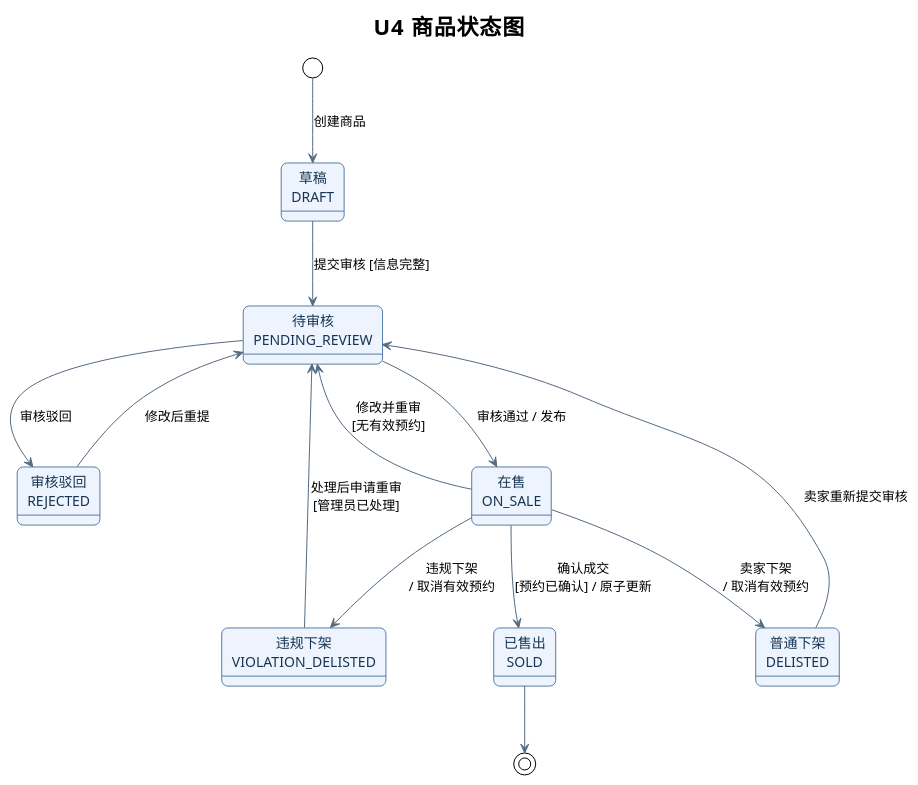
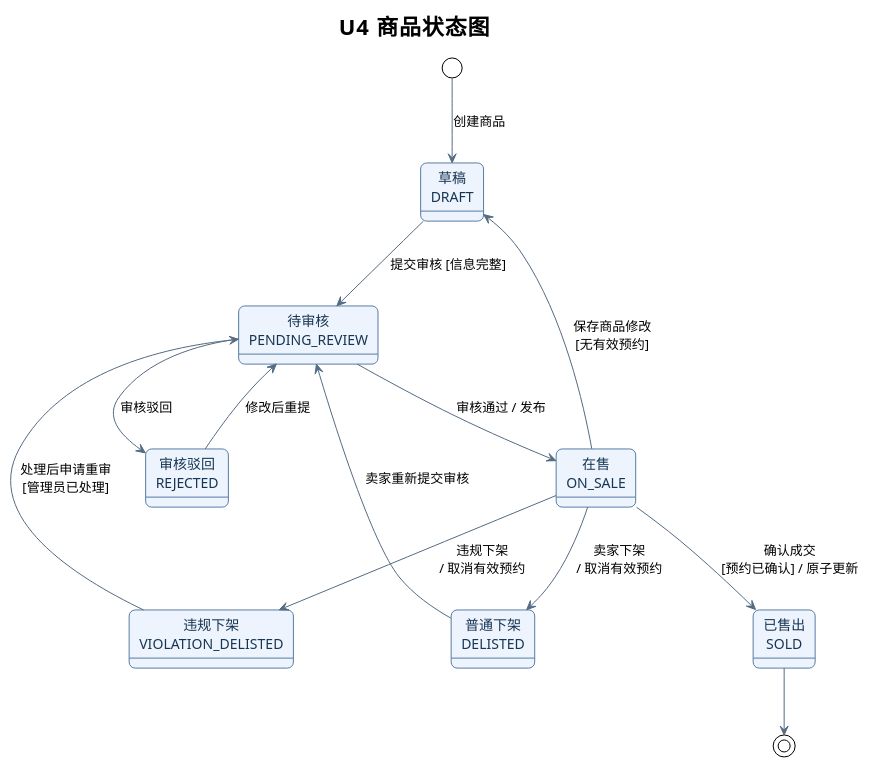
One commit to Enontime/se-lab changed the diagram in design/UML/U4_商品状态图.puml. Above: the diagram before and after it, drawn with PlantUML. The commit also changed 2 other files, not shown here.

Commit message:
docs: sync final lab3 UML and README

```diff
--- a/design/UML/U4_商品状态图.puml
+++ b/design/UML/U4_商品状态图.puml
@@ -1,56 +1,56 @@
 @startuml
 !theme plain
 skinparam backgroundColor #FFFFFF
 skinparam defaultFontName "Microsoft YaHei"
 skinparam shadowing false
 skinparam roundcorner 12
 skinparam ArrowColor #546B82
 skinparam DefaultTextAlignment center
 skinparam packageBackgroundColor #F7F9FC
 skinparam packageBorderColor #91A5BC
 top to bottom direction
 skinparam nodesep 66
 skinparam ranksep 66
 skinparam state {
   BackgroundColor #EDF4FD
   BorderColor #577CA4
   FontColor #173553
 }
 
 title U4  商品状态图
 
 state "草稿\nDRAFT" as DRAFT
 state "待审核\nPENDING_REVIEW" as PENDING
 state "审核驳回\nREJECTED" as REJECTED
 state "在售\nON_SALE" as ON_SALE
 state "普通下架\nDELISTED" as DELISTED
 state "违规下架\nVIOLATION_DELISTED" as VIOLATION
 state "已售出\nSOLD" as SOLD
 
 ' 来源：REQ-003
 [*] --> DRAFT : 创建商品
 ' 来源：REQ-003, REQ-004
 DRAFT --> PENDING : 提交审核 [信息完整]
 ' 来源：REQ-004
 PENDING --> ON_SALE : 审核通过 / 发布
 ' 来源：REQ-004
 PENDING --> REJECTED : 审核驳回
 ' 来源：REQ-004
 REJECTED --> PENDING : 修改后重提
-' REQ-005 待确认：修改保存到提交审核之间的状态和其他须重审字段未确定
+' REQ-005 V1.2：六字段的任意实际修改都会先将商品撤回草稿
 ' 来源：REQ-005, REQ-014
-ON_SALE --> PENDING : 修改并重审\n[无有效预约]
+ON_SALE --> DRAFT : 保存商品修改\n[无有效预约]
 ' 来源：REQ-006, REQ-015
 ON_SALE --> DELISTED : 卖家下架\n/ 取消有效预约
 ' 来源：REQ-006, REQ-015
 ON_SALE --> VIOLATION : 违规下架\n/ 取消有效预约
 ' 来源：REQ-011, REQ-015
 ON_SALE --> SOLD : 确认成交\n[预约已确认] / 原子更新
 ' 来源：REQ-004, REQ-006
 DELISTED --> PENDING : 卖家重新提交审核
 ' 来源：REQ-004, REQ-006
 VIOLATION --> PENDING : 处理后申请重审\n[管理员已处理]
 ' 来源：REQ-011
 SOLD --> [*]
 
 @enduml
```
